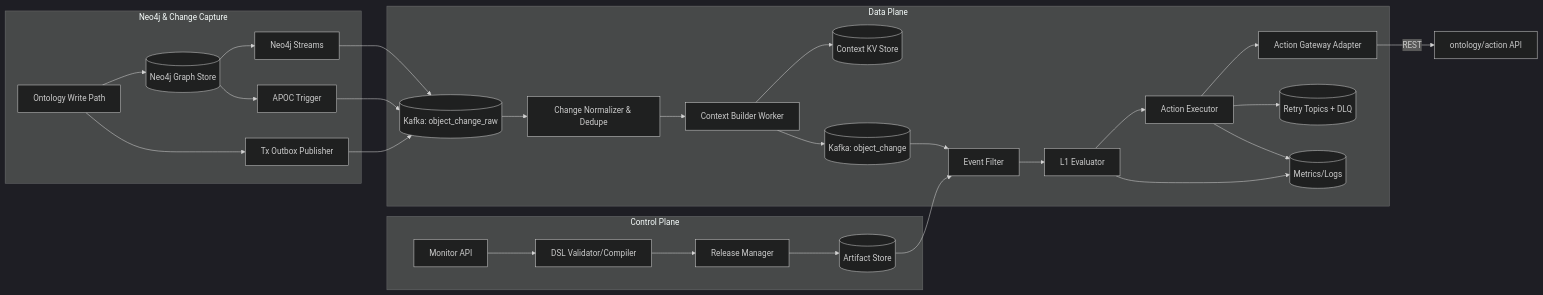
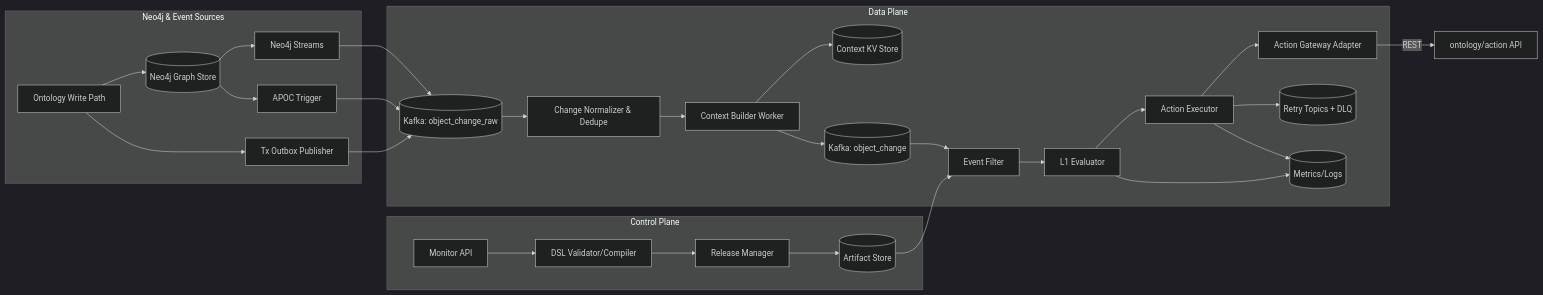
The diagram in docs/object_monitor/object_monitor_design_phase1.md (littleDrew/ontology), drawn with Mermaid (dark theme) before and after one commit. The commit also changed other lines of this file and 15 other files, not shown here.

````diff
--- a/docs/object_monitor/object_monitor_design_phase1.md
+++ b/docs/object_monitor/object_monitor_design_phase1.md
@@ -52,46 +52,46 @@
 ```mermaid
 graph LR
     subgraph CP[Control Plane]
       A1[Monitor API]
       A2[DSL Validator/Compiler]
       A3[Release Manager]
       A4[(Artifact Store)]
     end
 
-    subgraph NP[Neo4j & Change Capture]
+    subgraph NP[Neo4j & Event Sources]
       N1[(Neo4j Graph Store)]
       N2[Ontology Write Path]
       N3[Neo4j Streams]
       N31[APOC Trigger]
       N4[Tx Outbox Publisher]
     end
 
     subgraph DP[Data Plane]
       B1[(Kafka: object_change_raw)]
       B11[Change Normalizer & Dedupe]
       B2[Context Builder Worker]
       B3[(Context KV Store)]
       B4[(Kafka: object_change)]
       B5[Event Filter]
       B6[L1 Evaluator]
       B9[Action Executor]
       B10[(Retry Topics + DLQ)]
       B13[Action Gateway Adapter]
       B15[(Metrics/Logs)]
     end
 
     A1 --> A2 --> A3 --> A4
 
     N2 --> N1
     N2 --> N4 --> B1
     N1 --> N3 --> B1
     N1 --> N31 --> B1
 
     B1 --> B11 --> B2 --> B3
     B2 --> B4 --> B5 --> B6 --> B9 --> B13 -->|REST| ACT[ontology/action API]
     B9 --> B10
 
     A4 --> B5
     B6 --> B15
     B9 --> B15
 ```
````
